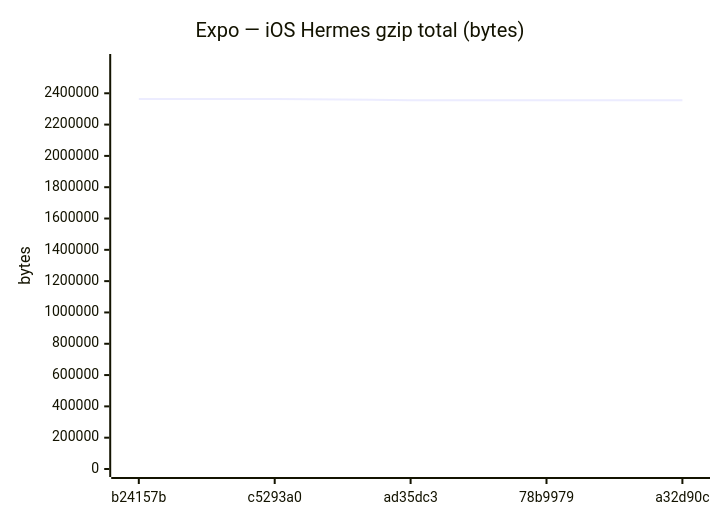
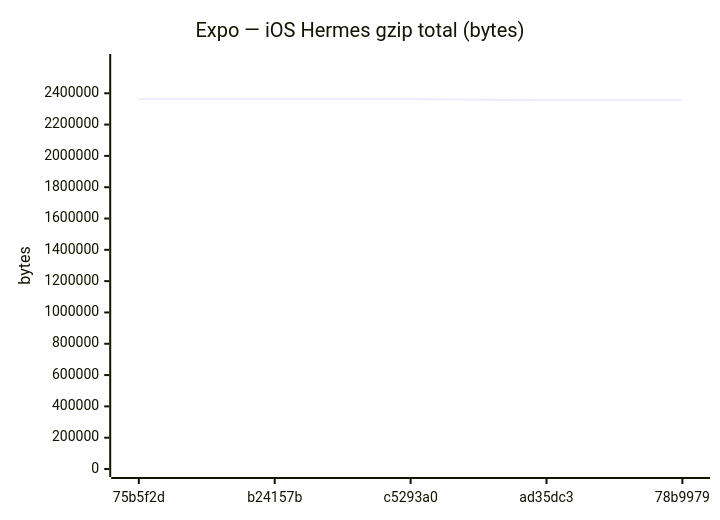
Before and after one commit to Metaheurist/Rianell: diagram 16 of 24 in benchmarks/compare.md, drawn with Mermaid. The commit also changed other lines of this file and 14 other files, not shown here.

````diff
--- a/benchmarks/compare.md
+++ b/benchmarks/compare.md
@@ -228,7 +228,7 @@
 ```mermaid
 xychart-beta
     title "Expo — iOS Hermes gzip total (bytes)"
-    x-axis ["b24157b", "c5293a0", "ad35dc3", "78b9979", "a32d90c"]
+    x-axis ["75b5f2d", "b24157b", "c5293a0", "ad35dc3", "78b9979"]
     y-axis "bytes" 0 --> 2599775
-    line [2363431, 2363430, 2356086, 2356086, 2356058]
+    line [2363429, 2363431, 2363430, 2356086, 2356086]
 ```
````
